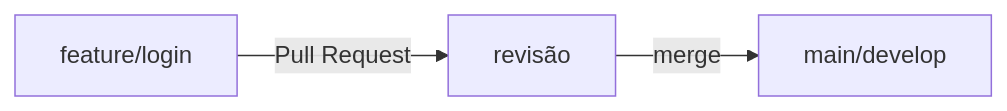
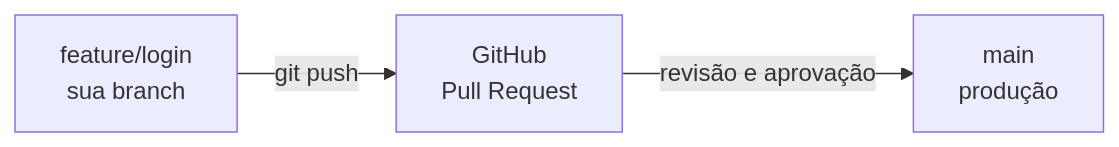
Before and after one commit to labcity-ufpa/Workshop-Git-Docker: the second of 2 diagrams in docs/git/branches.md, drawn with Mermaid. The commit also changed other lines of this file and 20 other files, not shown here.

````diff
--- a/docs/git/branches.md
+++ b/docs/git/branches.md
@@ -53,4 +151,5 @@
 ```mermaid
 graph LR
-    A[feature/login] -->|Pull Request| B[revisão] -->|merge| C[main/develop]
+    A["feature/login<br>sua branch"] -->|git push| B["GitHub<br>Pull Request"]
+    B -->|revisão e aprovação| C["main<br>produção"]
 ```
````
